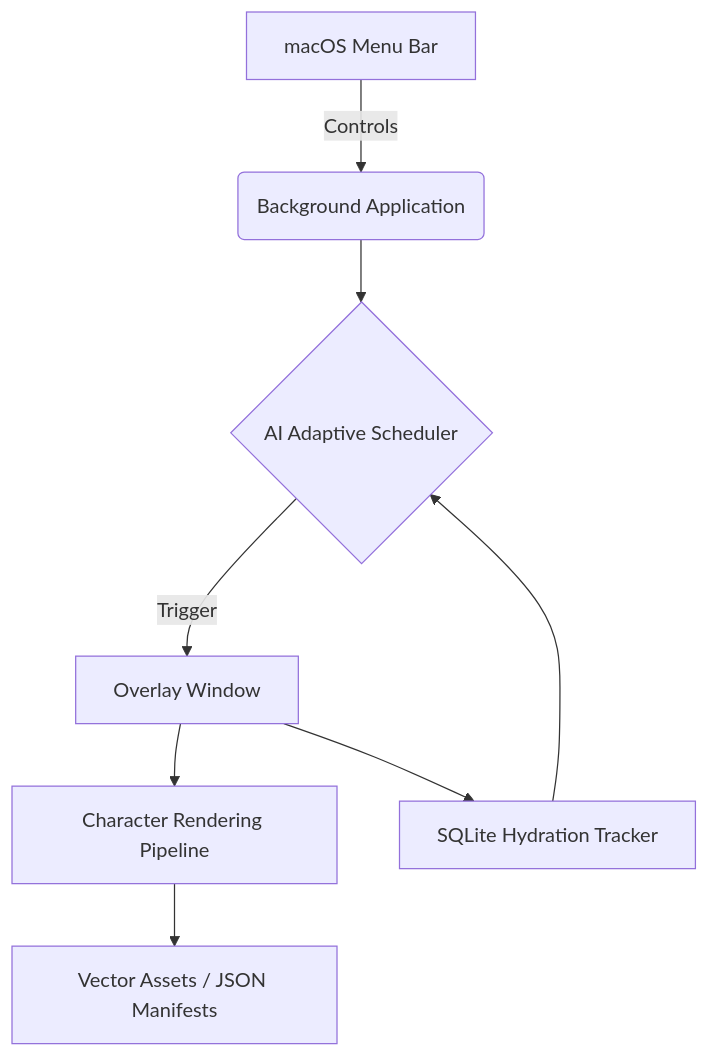
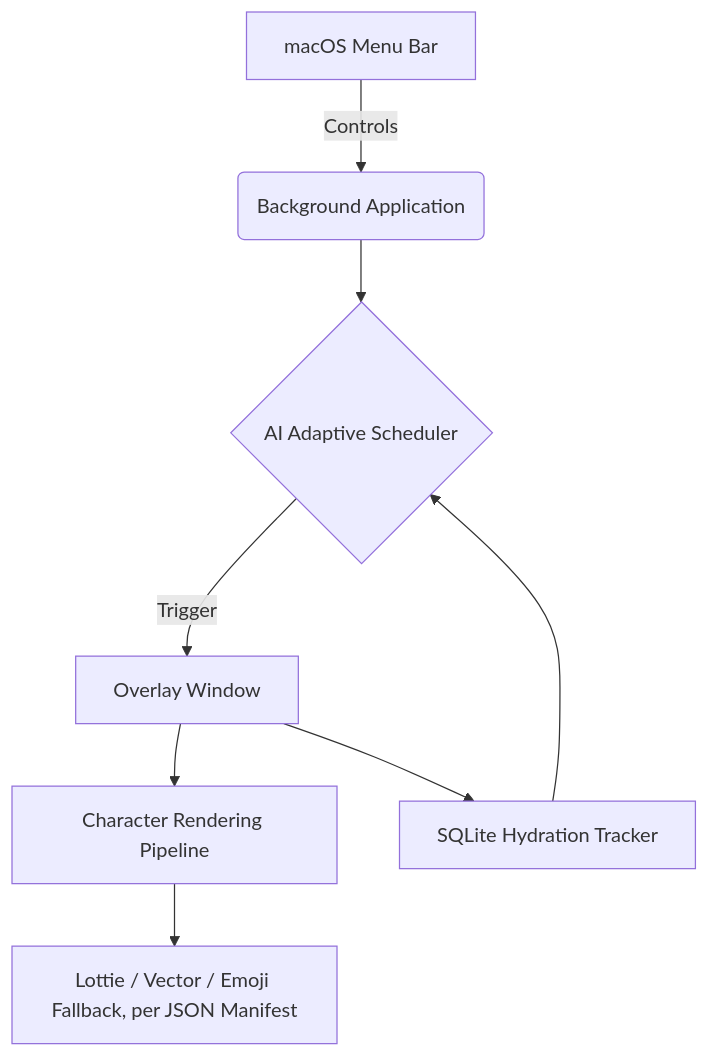
One commit to nithya-prakash/SipMateAIAssistant changed the diagram in README.md. Above: the diagram before and after it, drawn with Mermaid. The commit also changed other lines of this file, not shown here.

````diff
--- a/README.md
+++ b/README.md
@@ -31,10 +33,10 @@
 ```mermaid
 graph TD
     A[macOS Menu Bar] -->|Controls| B(Background Application)
     B --> C{AI Adaptive Scheduler}
     C -->|Trigger| D[Overlay Window]
     D --> E[Character Rendering Pipeline]
-    E --> F[Vector Assets / JSON Manifests]
+    E --> F[Lottie / Vector / Emoji Fallback, per JSON Manifest]
     D --> G[SQLite Hydration Tracker]
     G --> C
 ```
````
